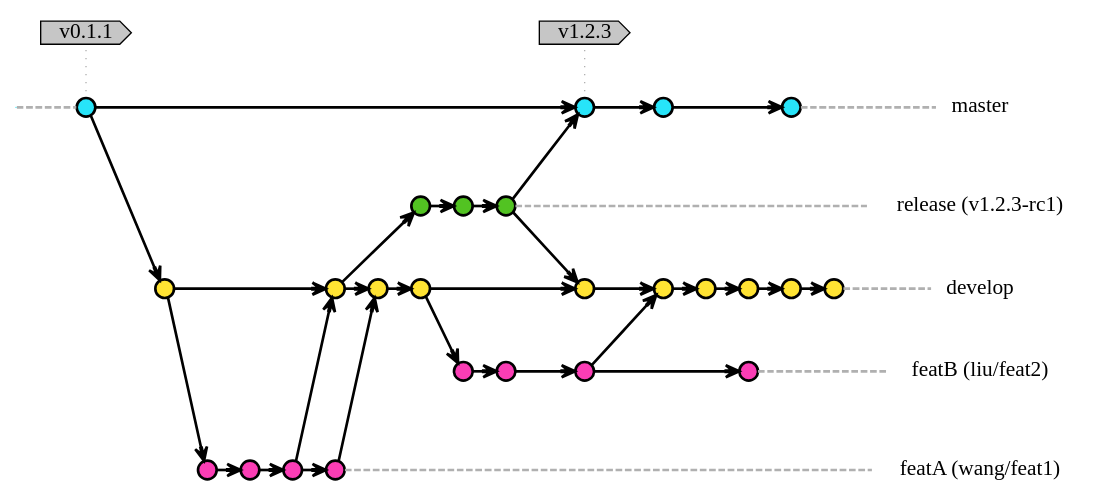
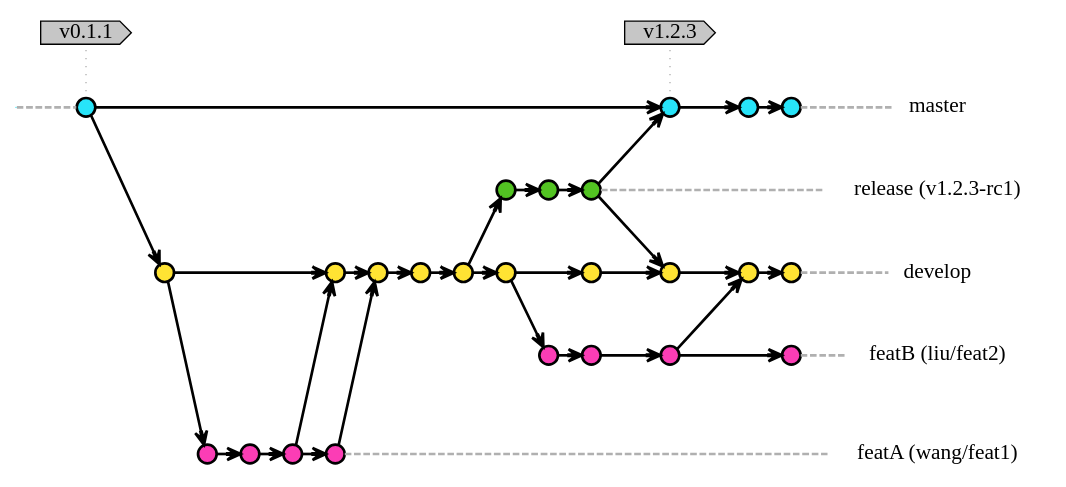
One commit to Jeanhwea/graphs changed the diagram in gitflow/gitflow-main.dot. Above: the diagram before and after it, drawn with Graphviz.

Commit message:
[change] some merge points

```diff
--- a/gitflow/gitflow-main.dot
+++ b/gitflow/gitflow-main.dot
@@ -1,119 +1,119 @@
 strict digraph git {
   rankdir="LR"; nodesep=0.5; ranksep=0.25; splines=line; forcelabels=false;
 
   // general
   node [style=filled, color="black", fontcolor="black", font="Source Code Pro", fontsize="16pt" ];
   edge [arrowhead=vee, color="black", penwidth=2];
 
   // branch name
   node [fixedsize=false, penwidth=0, fillcolor=none, shape=none, width=0, height=0, margin="0.05"];
   subgraph {
     rank=sink;
     master [label="master", group="master"];
   }
   subgraph {
     rank=sink;
     rc1 [label="release (v1.2.3-rc1)", group="release"];
   }
   // subgraph {
   //     rank=sink;
   //     rc2 [label="v1.0.3-rc", group="releaseB"];
   // }
   subgraph {
     rank=sink;
     develop [label="develop", group="develop"];
   }
   subgraph {
     rank=sink;
     featA [label="featA (wang/feat1)", group="featA"];
   }
   subgraph {
     rank=sink;
     featB [label="featB (liu/feat2)", group="featB"];
   }
 
   // tag name
   node [shape=cds, fixedsize=false, fillcolor="#C6C6C6", penwidth=1, margin="0.11,0.055"]
   tag1 [label="v0.1.1"]
   tag2 [label="v1.2.3"]
 
   // main graph
   node [width=0.2, height=0.2, fixedsize=true, label="", margin="0.11,0.055", shape=circle, penwidth=2, fillcolor="#FF0000"]
 
   // commits
   subgraph {
     node  [group="master", fillcolor="#27E4F9"];
     mst1; mst2; mst3; mst4;
     subgraph {
       rank=source;
       init [label="", width=0, height=0, penwidth=0];
     }
     init -> mst1 [color="#b0b0b0", style=dashed, arrowhead=none ];
     mst1 -> mst2 -> mst3 -> mst4;
     mst4 -> master [color="#b0b0b0", style=dashed, arrowhead=none ];
   }
 
   subgraph {
     node  [group="release", fillcolor="#52C322"];
     rca1; rca2; rca3;
     rca1 -> rca2 -> rca3;
     rca3 -> rc1 [color="#b0b0b0", style=dashed, arrowhead=none];
   }
 
   // subgraph {
   //   node  [group="releaseB", fillcolor="#52C322"];
   //   rcb1; rcb2;
   //   rcb1 -> rcb2;
   //   rcb2 -> rc2 [color="#b0b0b0", style=dashed, arrowhead=none];
   // }
 
   subgraph {
     node  [group="develop", fillcolor="#FFE333"];
     dev1; dev2; dev3; dev4; dev5; dev6; dev7; dev8; dev9; dev10;
     dev1 -> dev2 -> dev3 -> dev4 -> dev5 -> dev6 -> dev7 -> dev8 -> dev9 -> dev10;
     dev10 -> develop [color="#b0b0b0", style=dashed, arrowhead=none ];
   }
 
   subgraph {
     node  [group="featA", fillcolor="#FB3DB5"];
     fa1; fa2; fa3; fa4;
     fa1 -> fa2 -> fa3 -> fa4;
     fa4 -> featA [color="#b0b0b0", style=dashed, arrowhead=none];
   }
 
   subgraph {
     node  [group="featB", fillcolor="#FB3DB5"];
     fb1; fb2; fb3; fb4;
     fb1 -> fb2 -> fb3 -> fb4;
     fb4 -> featB [color="#b0b0b0", style=dashed, arrowhead=none];
   }
 
   // merges
   mst1 -> dev1;
 
-  dev2 -> rca1;
+  dev5 -> rca1;
   rca3 -> mst2;
-  rca3 -> dev5;
+  rca3 -> dev8;
 
   // dev7 -> rcb1;
   // rcb2 -> dev8;
   // rcb2 -> mst3;
 
   dev1 -> fa1;
-  dev4 -> fb1;
+  dev6 -> fb1;
   fa3 -> dev2;
   fa4 -> dev3;
-  fb3 -> dev6;
+  fb3 -> dev9;
 
   // tags connections
   edge [color="#b0b0b0", style=dotted, len=0.3, arrowhead=none, penwidth=1];
   subgraph  {
     rank="same";
     tag1 -> mst1;
   }
   subgraph  {
     rank="same";
     tag2 -> mst2;
   }
 
 }
```
